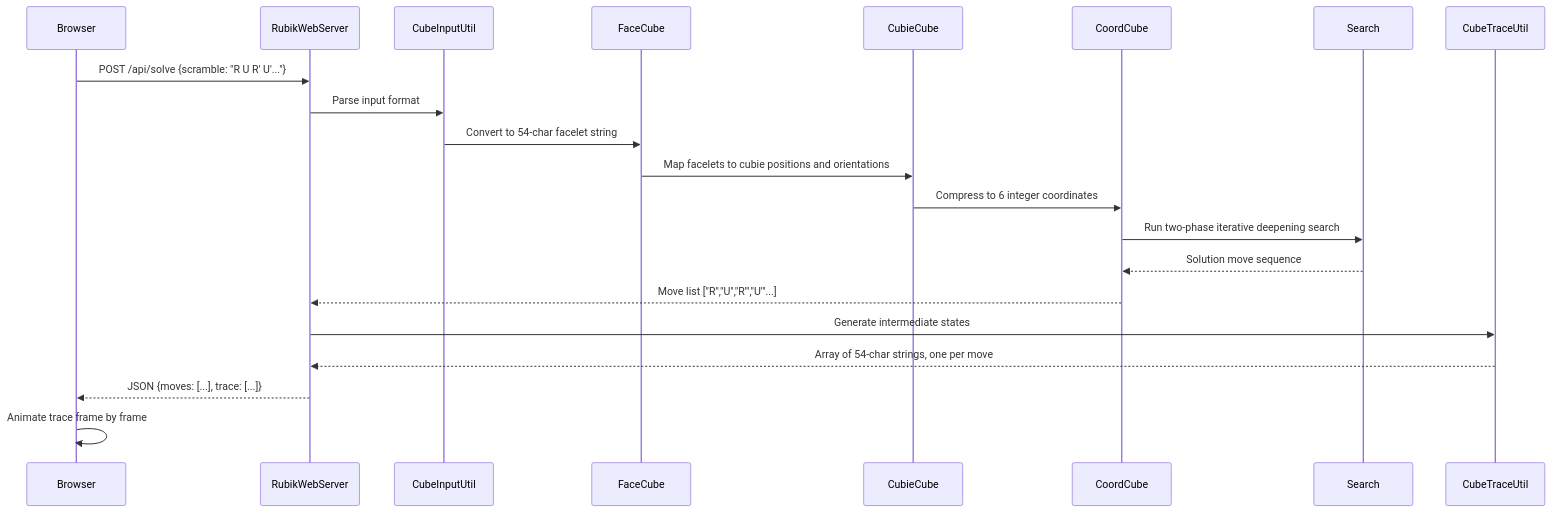
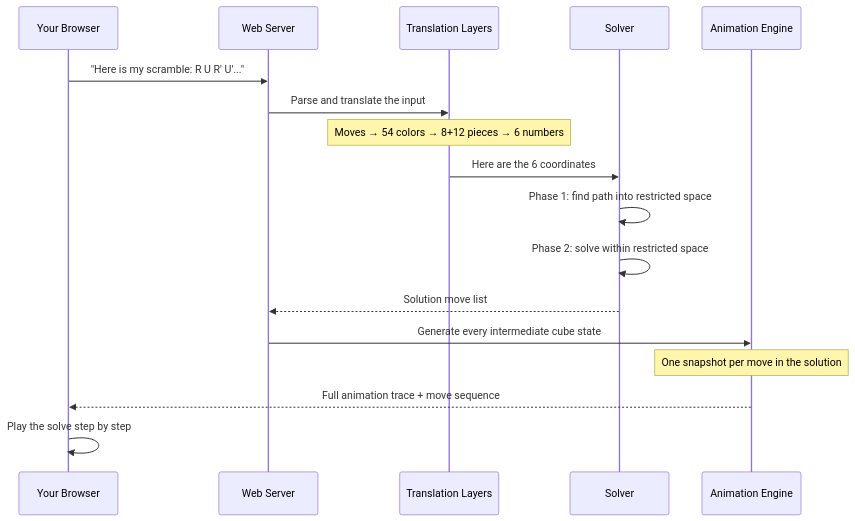
The third of 3 diagrams in README.md (Sahibjeetpalsingh/RubiksCube-Solver-Java), drawn with Mermaid before and after one commit. The commit also changed other lines of this file, not shown here.

````diff
--- a/README.md
+++ b/README.md
@@ -184,24 +98,20 @@
 ```mermaid
 sequenceDiagram
-    participant Browser
-    participant Server as RubikWebServer
-    participant Parser as CubeInputUtil
-    participant Face as FaceCube
-    participant Cubie as CubieCube
-    participant Coord as CoordCube
-    participant Algo as Search
-    participant Tracer as CubeTraceUtil
+    participant You as Your Browser
+    participant Server as Web Server
+    participant Layers as Translation Layers
+    participant Engine as Solver
+    participant Animator as Animation Engine
 
-    Browser->>Server: POST /api/solve  {scramble: "R U R' U'..."}
-    Server->>Parser: Parse input format
-    Parser->>Face: Convert to 54-char facelet string
-    Face->>Cubie: Map facelets to cubie positions and orientations
-    Cubie->>Coord: Compress to 6 integer coordinates
-    Coord->>Algo: Run two-phase iterative deepening search
-    Algo-->>Coord: Solution move sequence
-    Coord-->>Server: Move list ["R","U","R'","U'"...]
-    Server->>Tracer: Generate intermediate states
-    Tracer-->>Server: Array of 54-char strings, one per move
-    Server-->>Browser: JSON {moves: [...], trace: [...]}
-    Browser->>Browser: Animate trace frame by frame
+    You->>Server: "Here is my scramble: R U R' U'..."
+    Server->>Layers: Parse and translate the input
+    Note over Layers: Moves → 54 colors → 8+12 pieces → 6 numbers
+    Layers->>Engine: Here are the 6 coordinates
+    Engine->>Engine: Phase 1: find path into restricted space
+    Engine->>Engine: Phase 2: solve within restricted space
+    Engine-->>Server: Solution move list
+    Server->>Animator: Generate every intermediate cube state
+    Note over Animator: One snapshot per move in the solution
+    Animator-->>You: Full animation trace + move sequence
+    You->>You: Play the solve step by step
 ```
````
